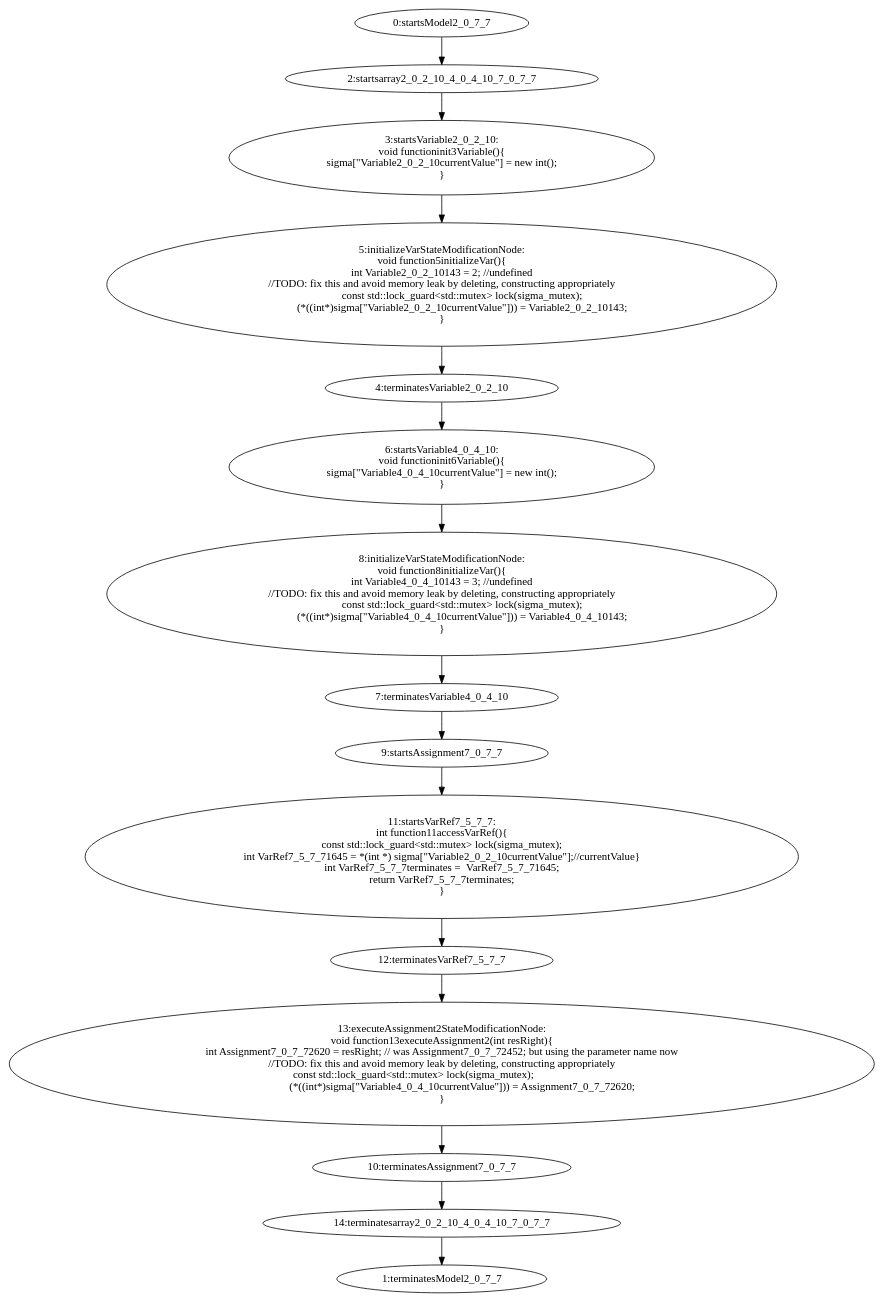
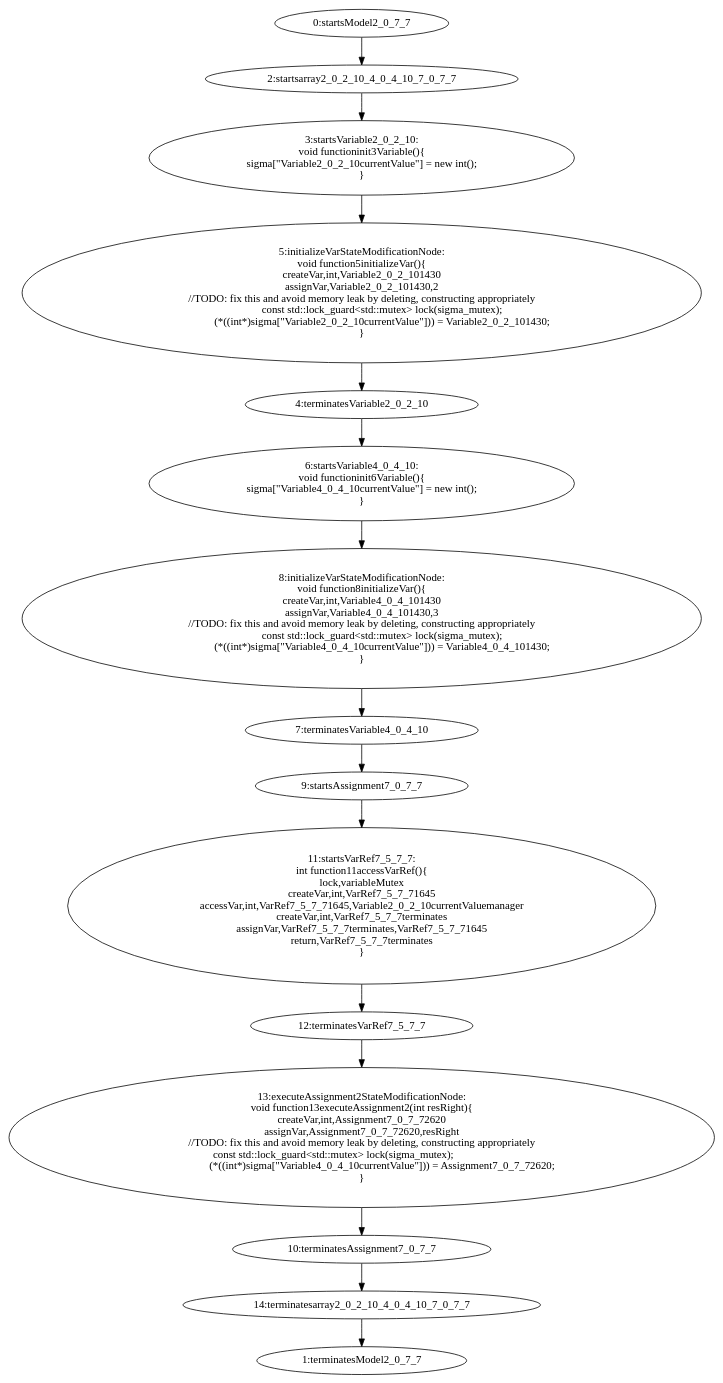
The diagram in temp/generated/basictestplus.dot (jdeantoni/TCOS.lang), drawn with Graphviz before and after one commit. The commit also changed 8 other files, not shown here.

```diff
--- a/temp/generated/basictestplus.dot
+++ b/temp/generated/basictestplus.dot
@@ -1,61 +1,66 @@
 digraph G {
   "0" [label="0:startsModel2_0_7_7" shape="ellipse" ];
   "1" [label="1:terminatesModel2_0_7_7" shape="ellipse" ];
   "2" [label="2:startsarray2_0_2_10_4_0_4_10_7_0_7_7" shape="ellipse" ];
   "3" [label="3:startsVariable2_0_2_10:
 void functioninit3Variable(){
 sigma[\"Variable2_0_2_10currentValue\"] = new int();
 }" shape="ellipse" ];
   "4" [label="4:terminatesVariable2_0_2_10" shape="ellipse" ];
   "5" [label="5:initializeVarStateModificationNode:
 void function5initializeVar(){
-int Variable2_0_2_10143 = 2; //undefined
+createVar,int,Variable2_0_2_101430
+assignVar,Variable2_0_2_101430,2
 //TODO: fix this and avoid memory leak by deleting, constructing appropriately
                 const std::lock_guard<std::mutex> lock(sigma_mutex);
-                (*((int*)sigma[\"Variable2_0_2_10currentValue\"])) = Variable2_0_2_10143;
+                (*((int*)sigma[\"Variable2_0_2_10currentValue\"])) = Variable2_0_2_101430;
 }" shape="ellipse" ];
   "6" [label="6:startsVariable4_0_4_10:
 void functioninit6Variable(){
 sigma[\"Variable4_0_4_10currentValue\"] = new int();
 }" shape="ellipse" ];
   "7" [label="7:terminatesVariable4_0_4_10" shape="ellipse" ];
   "8" [label="8:initializeVarStateModificationNode:
 void function8initializeVar(){
-int Variable4_0_4_10143 = 3; //undefined
+createVar,int,Variable4_0_4_101430
+assignVar,Variable4_0_4_101430,3
 //TODO: fix this and avoid memory leak by deleting, constructing appropriately
                 const std::lock_guard<std::mutex> lock(sigma_mutex);
-                (*((int*)sigma[\"Variable4_0_4_10currentValue\"])) = Variable4_0_4_10143;
+                (*((int*)sigma[\"Variable4_0_4_10currentValue\"])) = Variable4_0_4_101430;
 }" shape="ellipse" ];
   "9" [label="9:startsAssignment7_0_7_7" shape="ellipse" ];
   "10" [label="10:terminatesAssignment7_0_7_7" shape="ellipse" ];
   "11" [label="11:startsVarRef7_5_7_7:
 int function11accessVarRef(){
-const std::lock_guard<std::mutex> lock(sigma_mutex);
-int VarRef7_5_7_71645 = *(int *) sigma[\"Variable2_0_2_10currentValue\"];//currentValue}
-int VarRef7_5_7_7terminates =  VarRef7_5_7_71645;
-return VarRef7_5_7_7terminates;
+lock,variableMutex
+createVar,int,VarRef7_5_7_71645
+accessVar,int,VarRef7_5_7_71645,Variable2_0_2_10currentValuemanager
+createVar,int,VarRef7_5_7_7terminates
+assignVar,VarRef7_5_7_7terminates,VarRef7_5_7_71645
+return,VarRef7_5_7_7terminates
 }" shape="ellipse" ];
   "12" [label="12:terminatesVarRef7_5_7_7" shape="ellipse" ];
   "13" [label="13:executeAssignment2StateModificationNode:
 void function13executeAssignment2(int resRight){
-int Assignment7_0_7_72620 = resRight; // was Assignment7_0_7_72452; but using the parameter name now
+createVar,int,Assignment7_0_7_72620
+assignVar,Assignment7_0_7_72620,resRight
 //TODO: fix this and avoid memory leak by deleting, constructing appropriately
                 const std::lock_guard<std::mutex> lock(sigma_mutex);                                    
                 (*((int*)sigma[\"Variable4_0_4_10currentValue\"])) = Assignment7_0_7_72620;
 }" shape="ellipse" ];
   "14" [label="14:terminatesarray2_0_2_10_4_0_4_10_7_0_7_7" shape="ellipse" ];
   "0" -> "2" [label=""];
   "3" -> "5" [label=""];
   "5" -> "4" [label=""];
   "2" -> "3" [label=""];
   "6" -> "8" [label=""];
   "8" -> "7" [label=""];
   "4" -> "6" [label=""];
   "11" -> "12" [label=""];
   "9" -> "11" [label=""];
   "12" -> "13" [label=""];
   "13" -> "10" [label=""];
   "7" -> "9" [label=""];
   "10" -> "14" [label=""];
   "14" -> "1" [label=""];
 }
```
